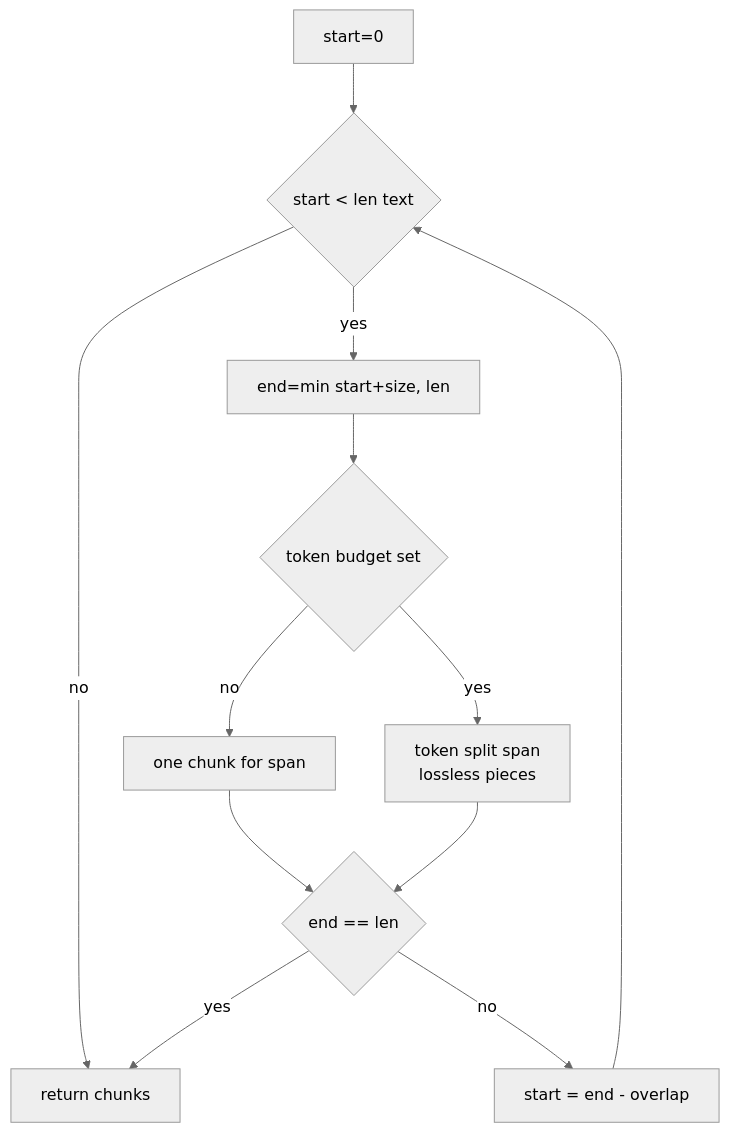
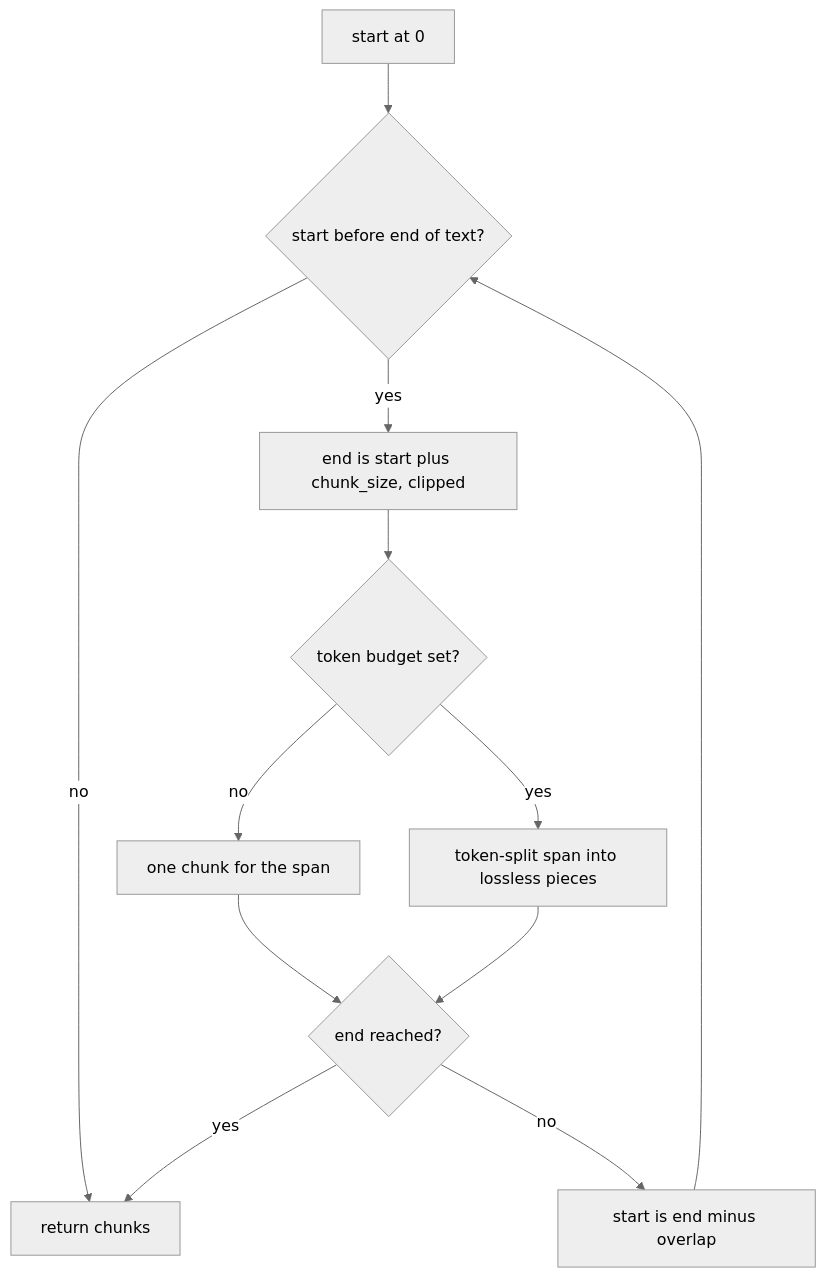
Before and after one commit to wilke/ragstack: the ninth of 45 diagrams in docs/ARCHITECTURE-DEEP-DIVE.md, drawn with Mermaid (neutral theme). The commit also changed other lines of this file and 2 other files, not shown here.

First line of the commit message:
docs: rewrite the architecture deep-dive against main 22b44be (#631)

````diff
--- a/docs/ARCHITECTURE-DEEP-DIVE.md
+++ b/docs/ARCHITECTURE-DEEP-DIVE.md
@@ -216,14 +557,14 @@
 ```mermaid
 flowchart TD
-  A[start=0] --> B{start < len text}
-  B -- no --> Z[return chunks]
-  B -- yes --> C[end=min start+size, len]
-  C --> D{token budget set}
-  D -- no --> E[one chunk for span]
-  D -- yes --> F[token split span<br/>lossless pieces]
-  E --> G{end == len}
-  F --> G
-  G -- yes --> Z
-  G -- no --> H[start = end - overlap]
-  H --> B
+    A["start at 0"] --> B{"start before end of text?"}
+    B -- "no" --> Z["return chunks"]
+    B -- "yes" --> C["end is start plus chunk_size, clipped"]
+    C --> D{"token budget set?"}
+    D -- "no" --> E["one chunk for the span"]
+    D -- "yes" --> F["token-split span into lossless pieces"]
+    E --> G{"end reached?"}
+    F --> G
+    G -- "yes" --> Z
+    G -- "no" --> H["start is end minus overlap"]
+    H --> B
 ```
````
